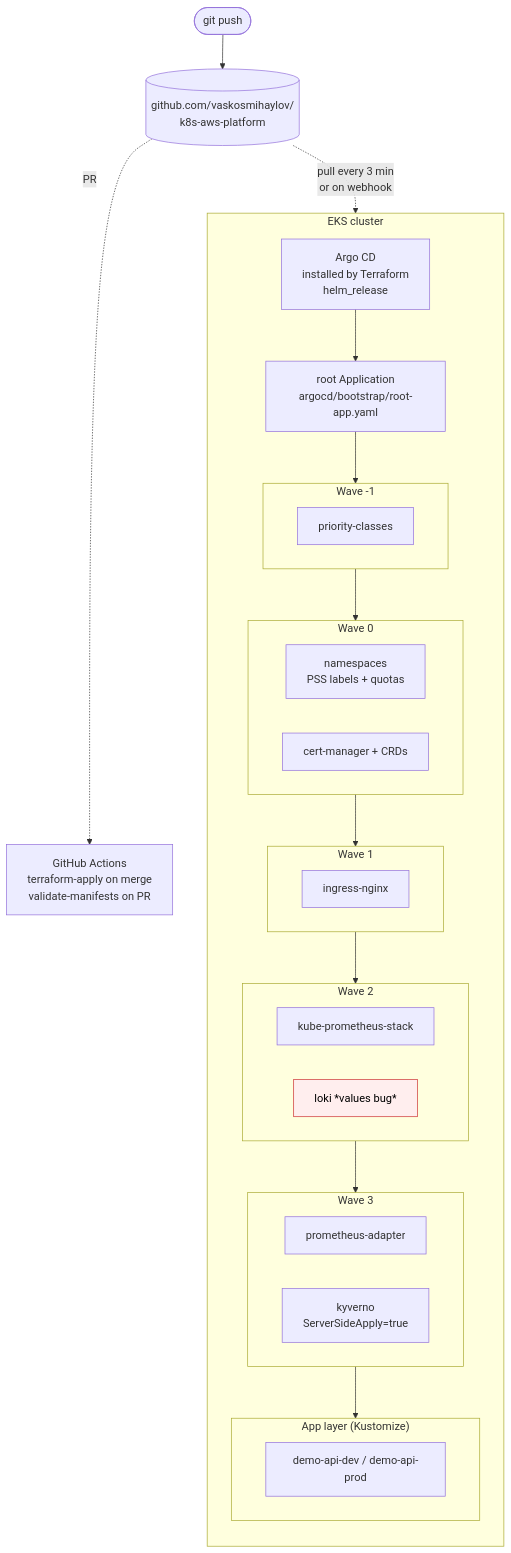
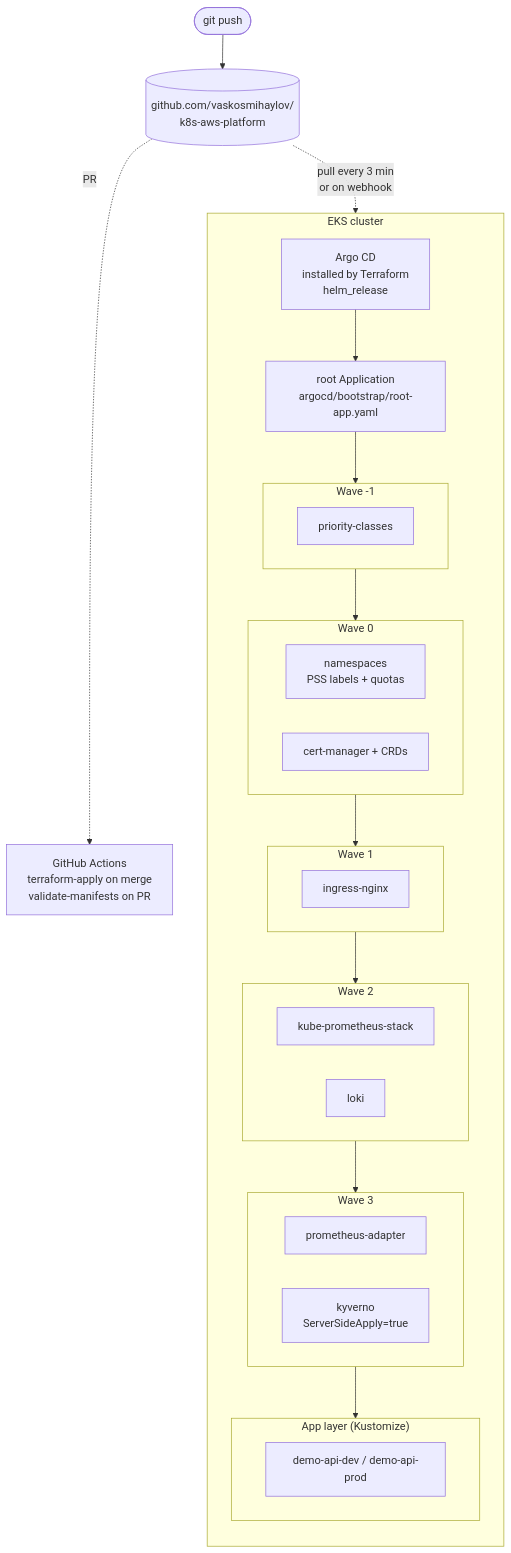
One commit to vaskosmihaylov/k8s-aws-platform changed the second of 4 diagrams in docs/architecture.md. Above: the diagram before and after it, drawn with Mermaid. The commit also changed other lines of this file and 25 other files, not shown here.

````diff
--- a/docs/architecture.md
+++ b/docs/architecture.md
@@ -51,43 +51,40 @@
 ```mermaid
 flowchart TB
     dev([git push])
     repo[(github.com/vaskosmihaylov/<br/>k8s-aws-platform)]
     ci[GitHub Actions<br/>terraform-apply on merge<br/>validate-manifests on PR]
 
     subgraph cluster["EKS cluster"]
         direction TB
         argocd[Argo CD<br/>installed by Terraform<br/>helm_release]
         root["root Application<br/>argocd/bootstrap/root-app.yaml"]
 
         subgraph wave_m1["Wave -1"]
             pc[priority-classes]
         end
         subgraph wave_0["Wave 0"]
             ns[namespaces<br/>PSS labels + quotas]
             cm[cert-manager + CRDs]
         end
         subgraph wave_1["Wave 1"]
             ingr[ingress-nginx]
         end
         subgraph wave_2["Wave 2"]
             kps[kube-prometheus-stack]
-            loki[loki *values bug*]
+            loki[loki]
         end
         subgraph wave_3["Wave 3"]
             padapter[prometheus-adapter]
             kyv[kyverno<br/>ServerSideApply=true]
         end
         subgraph apps["App layer (Kustomize)"]
             demoapi[demo-api-dev / demo-api-prod]
         end
     end
 
     dev --> repo
     repo -.PR.-> ci
     repo -.pull every 3 min<br/>or on webhook.-> argocd
     argocd --> root
     root --> wave_m1 --> wave_0 --> wave_1 --> wave_2 --> wave_3 --> apps
-
-    classDef broken fill:#fee,stroke:#c33,color:#000
-    class loki broken
 ```
````
